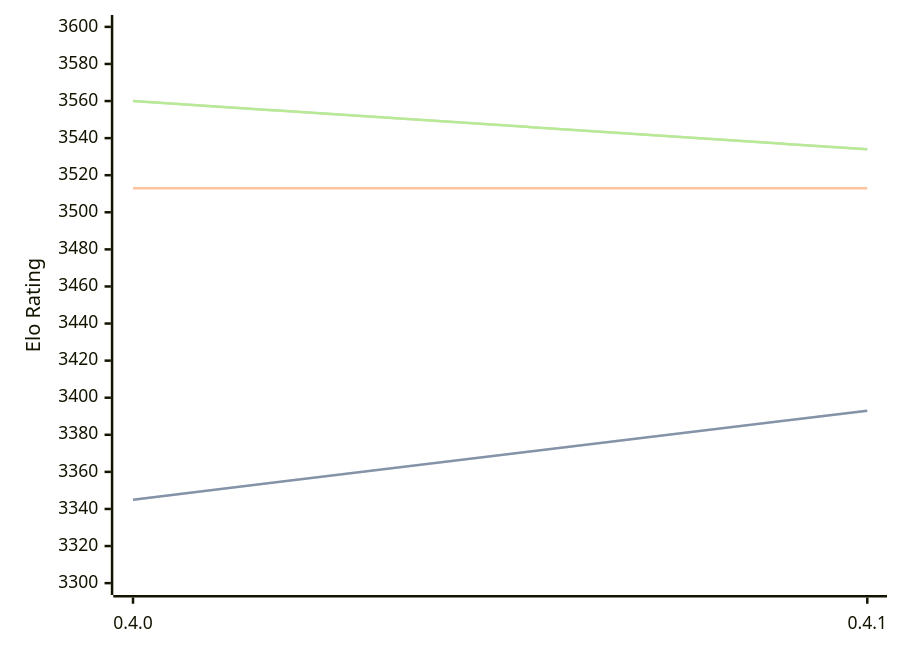
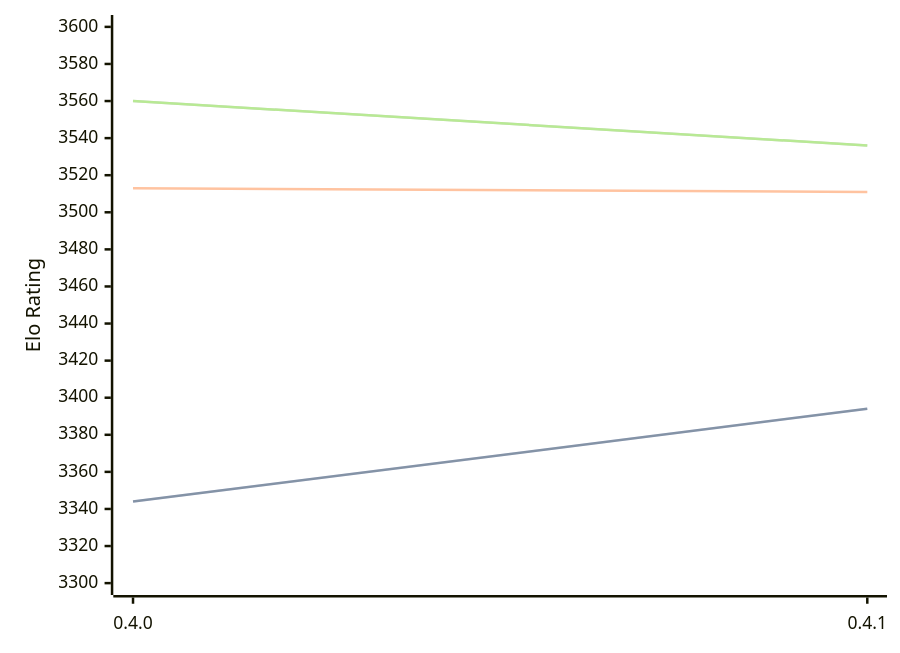
One commit to computer-chess-index/cci changed the diagram in engines/Cinder.md. Above: the diagram before and after it, drawn with Mermaid. The commit also changed other lines of this file, not shown here.

Commit message:
Update CCI Ratings (ELO VLTC) - 2026-02-18

````diff
--- a/engines/Cinder.md
+++ b/engines/Cinder.md
@@ -37,11 +37,11 @@
 ```mermaid
 %%{init: {"theme":"base","themeVariables":{"seriesColors:['#a3a3a3','#222221','#faa371']}}}%%
 xychart-beta
   x-axis ["0.4.0", "0.4.1"]
   y-axis "Elo Rating" 3300 --> 3600
-  line "STC (8.0+0.08s)" [3345, 3393]
-  line "STC (8.0+0.08s)" [3345, 3393]
-  line "LTC (60.0+0.60s)" [3513, 3513]
-  line "VLTC (2m24s+1.12s)" [3560, 3534]
-  line "VLTC (2m24s+1.12s)" [3560, 3534]
+  line "STC (8.0+0.08s)" [3344, 3394]
+  line "STC (8.0+0.08s)" [3344, 3394]
+  line "LTC (60.0+0.60s)" [3513, 3511]
+  line "VLTC (2m24s+1.12s)" [3560, 3536]
+  line "VLTC (2m24s+1.12s)" [3560, 3536]
 ```
````
